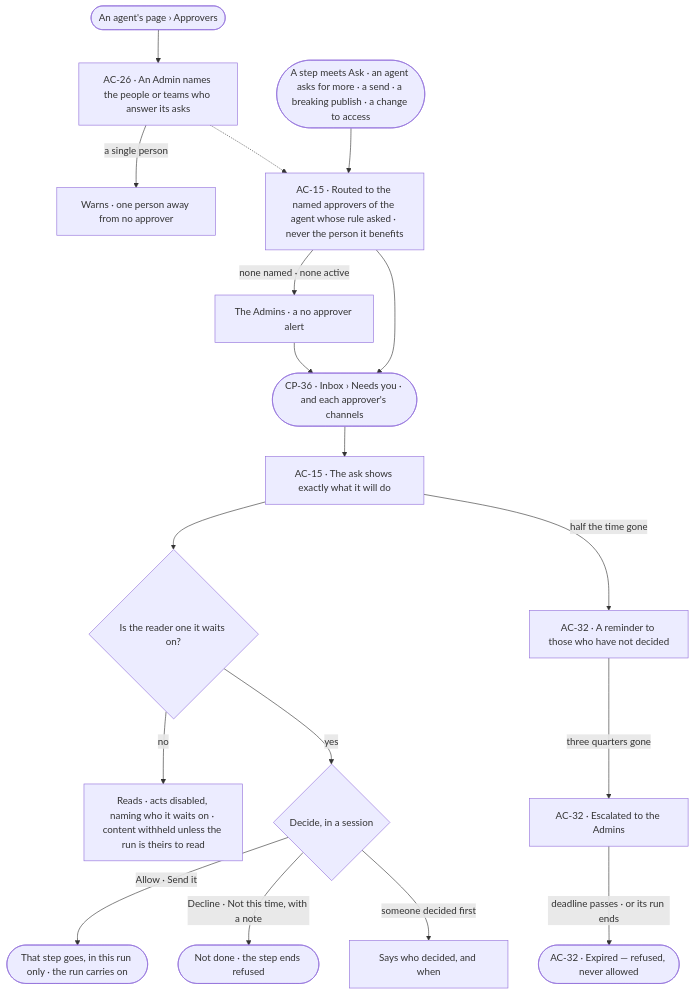
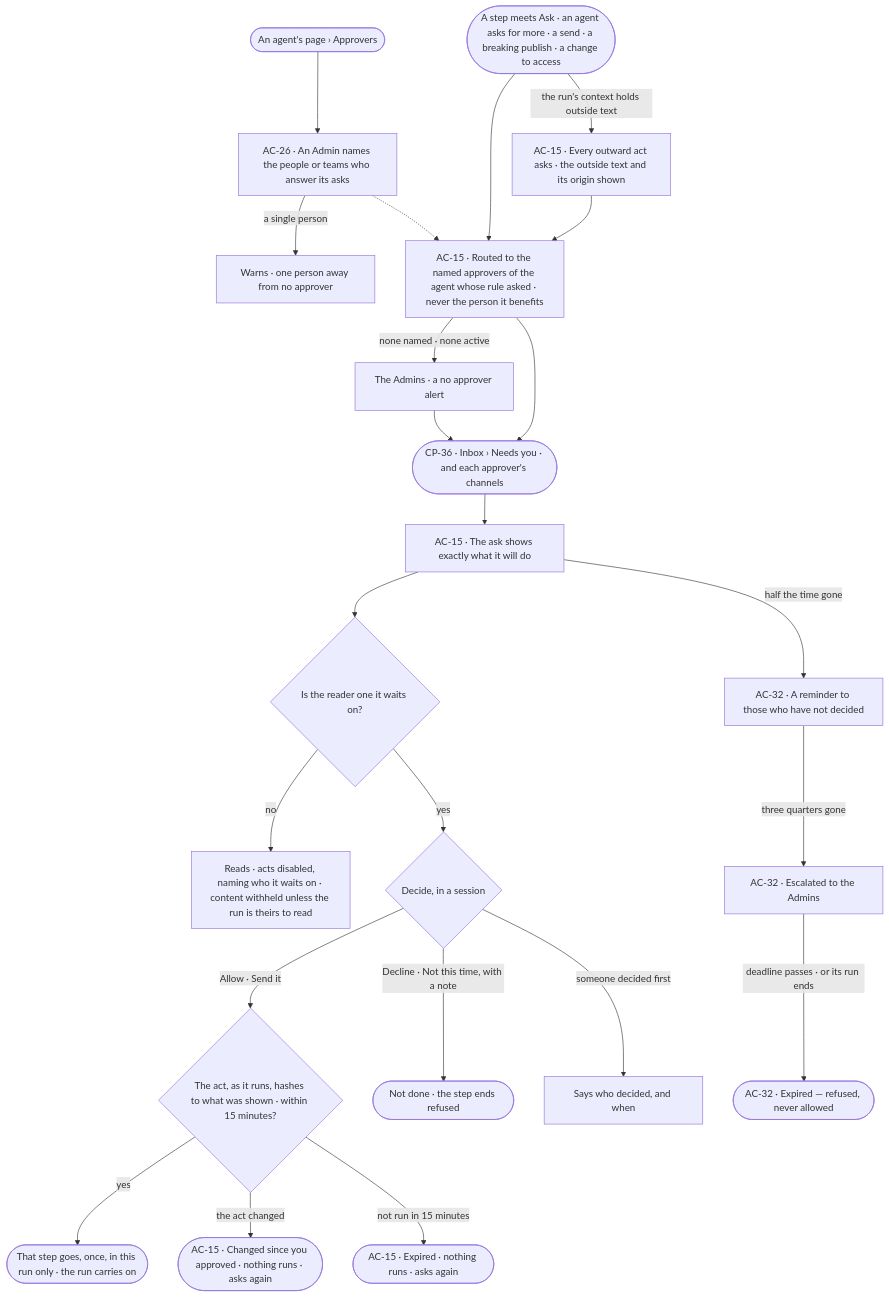
One commit to invana/invana changed the first of 2 diagrams in specs/os/access/features/AC-F05-asks-and-approvals/feature.md. Above: the diagram before and after it, drawn with Mermaid. The commit also changed other lines of this file and 13 other files, not shown here.

````diff
--- a/specs/os/access/features/AC-F05-asks-and-approvals/feature.md
+++ b/specs/os/access/features/AC-F05-asks-and-approvals/feature.md
@@ -26,20 +26,25 @@
 ```mermaid
 flowchart TD
   pg([An agent's page › Approvers]) --> named["AC-26 · An Admin names the people or teams who answer its asks"]
   named -->|a single person| warn["Warns · one person away from no approver"]
   named -.-> route
   ev([A step meets Ask · an agent asks for more · a send · a breaking publish · a change to access]) --> route["AC-15 · Routed to the named approvers of the agent whose rule asked · never the person it benefits"]
   route -->|none named · none active| adm["The Admins · a no approver alert"]
   adm --> inbox
   route --> inbox(["CP-36 · Inbox › Needs you · and each approver's channels"])
   inbox --> ask["AC-15 · The ask shows exactly what it will do"]
   ask --> who{"Is the reader one it waits on?"}
   who -->|no| ro["Reads · acts disabled, naming who it waits on · content withheld unless the run is theirs to read"]
   who -->|yes| dec{"Decide, in a session"}
-  dec -->|Allow · Send it| go(["That step goes, in this run only · the run carries on"])
+  dec -->|Allow · Send it| hs{"The act, as it runs, hashes to what was shown · within 15 minutes?"}
+  hs -->|yes| go(["That step goes, once, in this run only · the run carries on"])
+  hs -->|the act changed| chg(["AC-15 · Changed since you approved · nothing runs · asks again"])
+  hs -->|not run in 15 minutes| lap(["AC-15 · Expired · nothing runs · asks again"])
+  ev -->|the run's context holds outside text| ot["AC-15 · Every outward act asks · the outside text and its origin shown"]
+  ot --> route
   dec -->|Decline · Not this time, with a note| no(["Not done · the step ends refused"])
   dec -->|someone decided first| first["Says who decided, and when"]
   ask -->|half the time gone| rem["AC-32 · A reminder to those who have not decided"]
   rem -->|three quarters gone| esc["AC-32 · Escalated to the Admins"]
   esc -->|deadline passes · or its run ends| exp(["AC-32 · Expired — refused, never allowed"])
 ```
````
